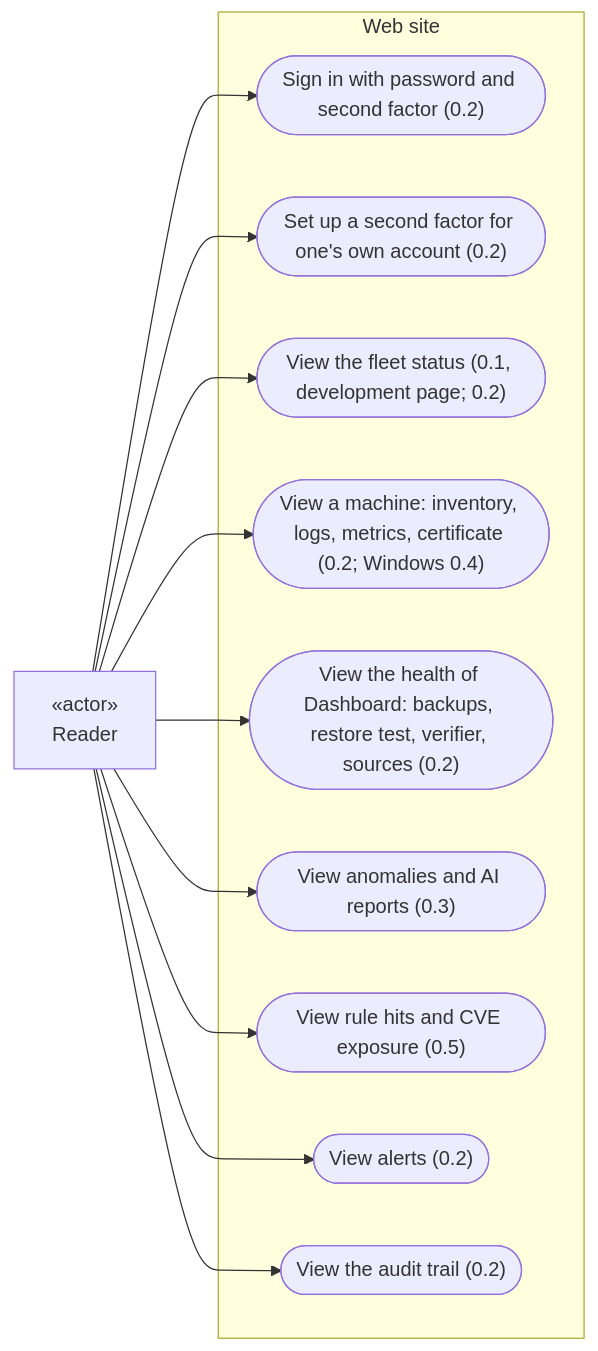
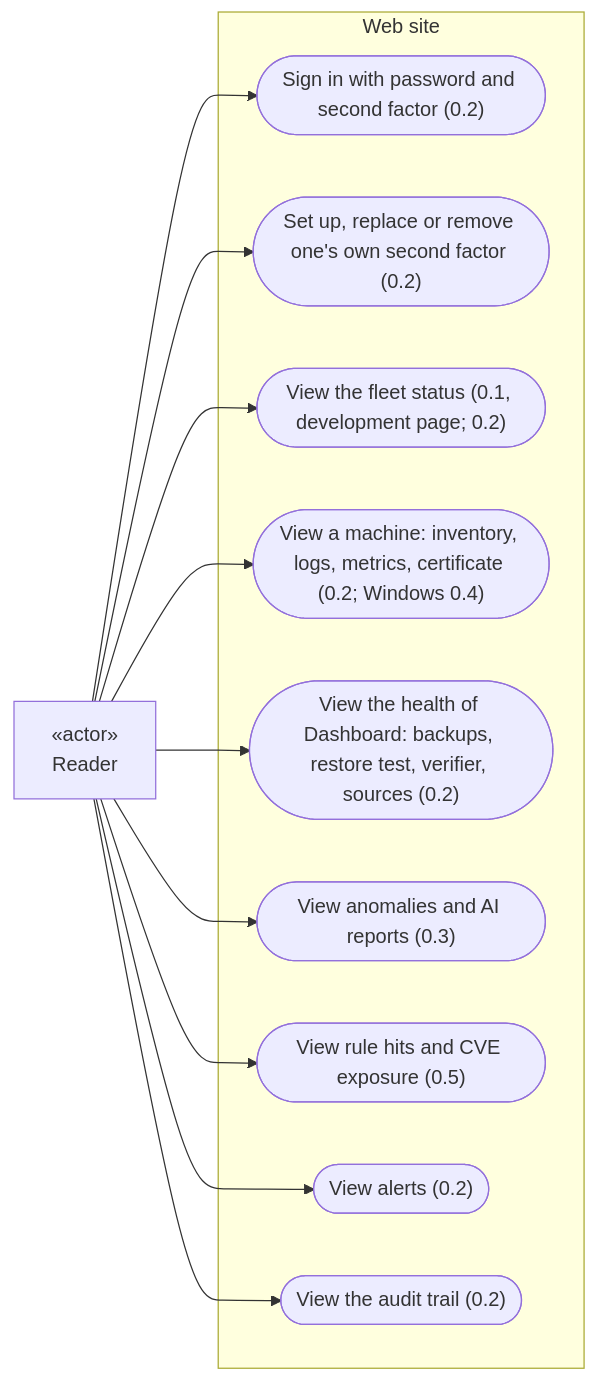
Before and after one commit to micdef/Dashboard: the first of 6 diagrams in doc/analyse/uml/v1/use-cases.md, drawn with Mermaid. The commit also changed other lines of this file and 3 other files, not shown here.

````diff
--- a/doc/analyse/uml/v1/use-cases.md
+++ b/doc/analyse/uml/v1/use-cases.md
@@ -33,26 +33,26 @@
 ```mermaid
 flowchart LR
     Reader["«actor»<br/>Reader"]
 
     subgraph Site ["Web site"]
         SignIn(["Sign in with password and second factor (0.2)"])
-        OwnFactor(["Set up a second factor for one's own account (0.2)"])
+        OwnFactor(["Set up, replace or remove one's own second factor (0.2)"])
         Fleet(["View the fleet status (0.1, development page; 0.2)"])
         Machine(["View a machine: inventory, logs, metrics, certificate (0.2; Windows 0.4)"])
         Health(["View the health of Dashboard: backups, restore test, verifier, sources (0.2)"])
         AiReport(["View anomalies and AI reports (0.3)"])
         RulesCve(["View rule hits and CVE exposure (0.5)"])
         Alerts(["View alerts (0.2)"])
         Audit(["View the audit trail (0.2)"])
     end
 
     Reader --> SignIn
     Reader --> OwnFactor
     Reader --> Fleet
     Reader --> Machine
     Reader --> Health
     Reader --> AiReport
     Reader --> RulesCve
     Reader --> Alerts
     Reader --> Audit
 ```
````
